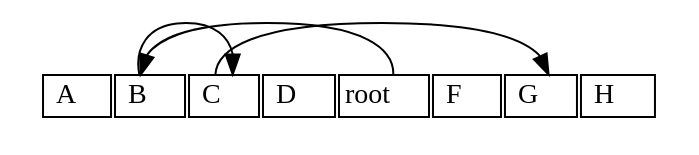
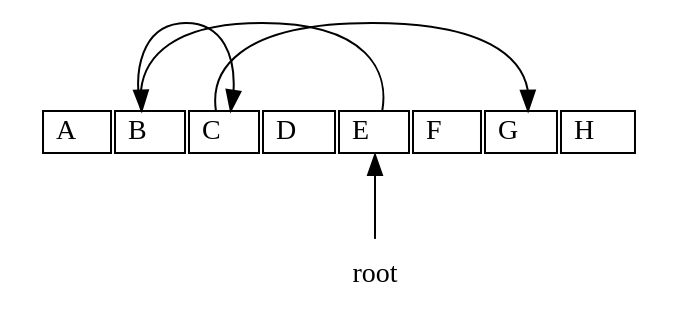
Before and after one commit to DreamAndDead/lua-5.1-source-guide: the first of 11 diagrams in book/gc.org, drawn with Graphviz. The commit also changed other lines of this file and 32 other files, not shown here.

```diff
--- a/book/gc.org
+++ b/book/gc.org
@@ -21,22 +21,24 @@
 #+begin_src dot :file gc-2-color-root.png
 digraph {
 	node[shape=none];
-	
+
 	o[label=<
 	  <table border="0">
 	  <tr>
 	  <td port="0" border="1" bgcolor="white"><font color="black">  A  </font></td>
 	  <td port="1" border="1" bgcolor="white"><font color="black">  B  </font></td>
 	  <td port="2" border="1" bgcolor="white"><font color="black">  C  </font></td>
 	  <td port="3" border="1" bgcolor="white"><font color="black">  D  </font></td>
-	  <td port="4" border="1" bgcolor="white"><font color="black"> root </font></td>
+	  <td port="4" border="1" bgcolor="white"><font color="black">  E  </font></td>
 	  <td port="5" border="1" bgcolor="white"><font color="black">  F  </font></td>
 	  <td port="6" border="1" bgcolor="white"><font color="black">  G  </font></td>
 	  <td port="7" border="1" bgcolor="white"><font color="black">  H  </font></td>
 	  </tr>
 	  </table>
 	  >];
 
 	o:4 -> o:1 -> o:2 -> o:6;
+
+	o:4 -> root[dir=back];
 }
 #+end_src
```
